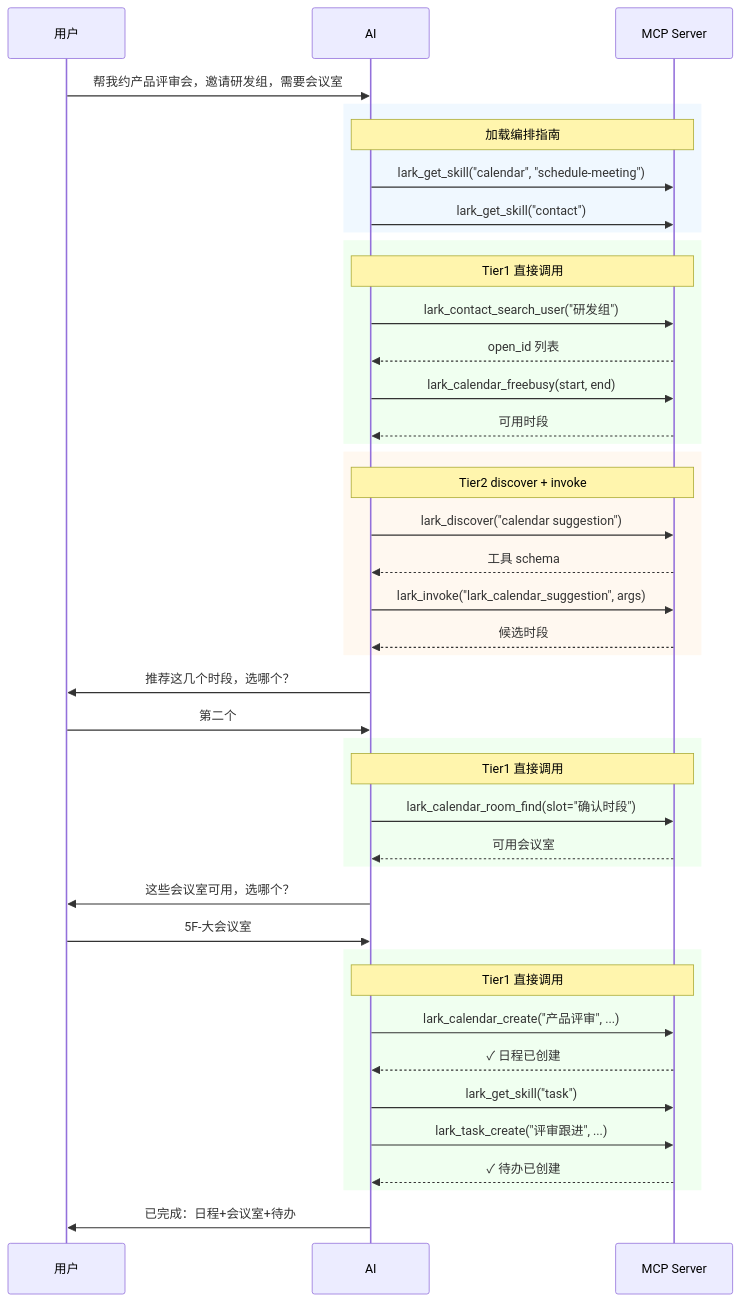
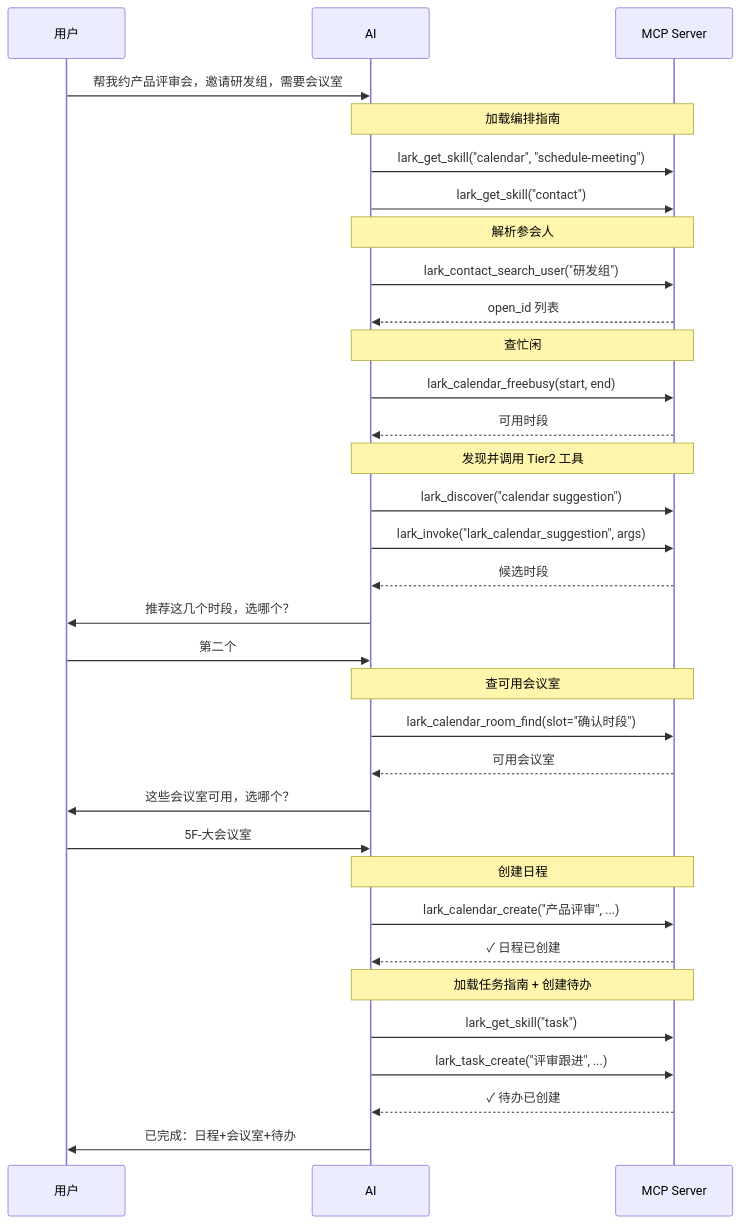
One commit to ddpie/lark-mcp-on-agentcore changed the first of 2 diagrams in README.md. Above: the diagram before and after it, drawn with Mermaid. The commit also changed other lines of this file, not shown here.

````diff
--- a/README.md
+++ b/README.md
@@ -131,53 +131,36 @@
 ```mermaid
 sequenceDiagram
     participant U as 用户
     participant AI
     participant MCP as MCP Server
 
     U->>AI: 帮我约产品评审会，邀请研发组，需要会议室
-
-    rect rgb(240, 248, 255)
     Note over AI,MCP: 加载编排指南
     AI->>MCP: lark_get_skill("calendar", "schedule-meeting")
     AI->>MCP: lark_get_skill("contact")
-    end
-
-    rect rgb(240, 255, 240)
-    Note over AI,MCP: Tier1 直接调用
+    Note over AI,MCP: 解析参会人
     AI->>MCP: lark_contact_search_user("研发组")
     MCP-->>AI: open_id 列表
+    Note over AI,MCP: 查忙闲
     AI->>MCP: lark_calendar_freebusy(start, end)
     MCP-->>AI: 可用时段
-    end
-
-    rect rgb(255, 248, 240)
-    Note over AI,MCP: Tier2 discover + invoke
+    Note over AI,MCP: 发现并调用 Tier2 工具
     AI->>MCP: lark_discover("calendar suggestion")
-    MCP-->>AI: 工具 schema
     AI->>MCP: lark_invoke("lark_calendar_suggestion", args)
     MCP-->>AI: 候选时段
-    end
-
     AI->>U: 推荐这几个时段，选哪个？
     U->>AI: 第二个
-
-    rect rgb(240, 255, 240)
-    Note over AI,MCP: Tier1 直接调用
+    Note over AI,MCP: 查可用会议室
     AI->>MCP: lark_calendar_room_find(slot="确认时段")
     MCP-->>AI: 可用会议室
-    end
-
     AI->>U: 这些会议室可用，选哪个？
     U->>AI: 5F-大会议室
-
-    rect rgb(240, 255, 240)
-    Note over AI,MCP: Tier1 直接调用
+    Note over AI,MCP: 创建日程
     AI->>MCP: lark_calendar_create("产品评审", ...)
     MCP-->>AI: ✓ 日程已创建
+    Note over AI,MCP: 加载任务指南 + 创建待办
     AI->>MCP: lark_get_skill("task")
     AI->>MCP: lark_task_create("评审跟进", ...)
     MCP-->>AI: ✓ 待办已创建
-    end
-
     AI->>U: 已完成：日程+会议室+待办
 ```
````
